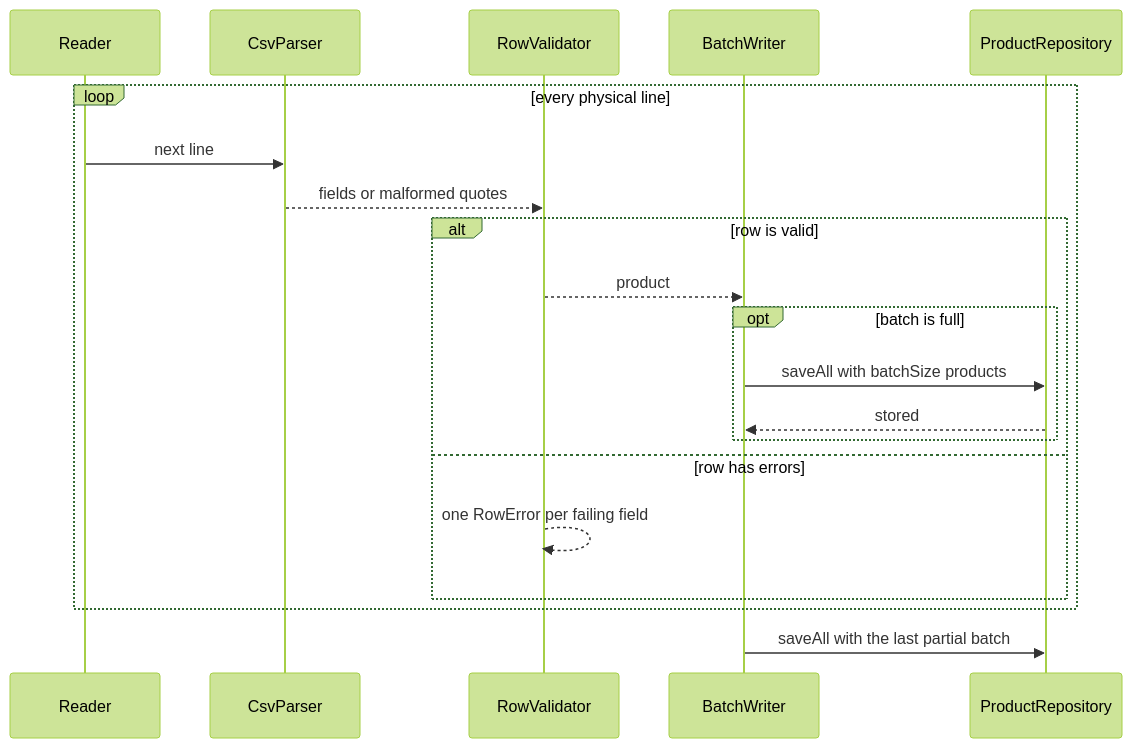
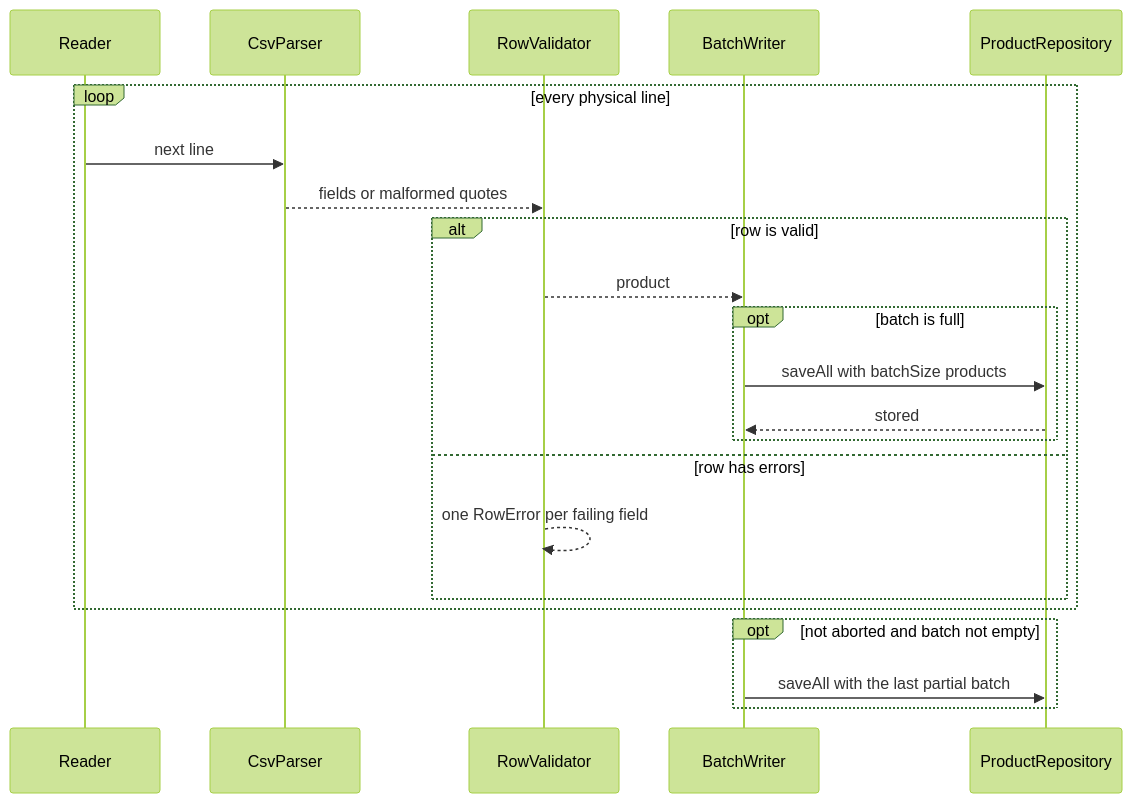
One commit to Chris013/java-practice changed the second of 2 diagrams in tasks/27-csv-import-report.md. Above: the diagram before and after it, drawn with Mermaid (forest theme). The commit also changed other lines of this file and 3 other files, not shown here.

````diff
--- a/tasks/27-csv-import-report.md
+++ b/tasks/27-csv-import-report.md
@@ -62,22 +62,24 @@
 ```mermaid
 sequenceDiagram
     participant R as Reader
     participant P as CsvParser
     participant V as RowValidator
     participant B as BatchWriter
     participant Repo as ProductRepository
     loop every physical line
         R->>P: next line
         P-->>V: fields or malformed quotes
         alt row is valid
             V-->>B: product
             opt batch is full
                 B->>Repo: saveAll with batchSize products
                 Repo-->>B: stored
             end
         else row has errors
             V-->>V: one RowError per failing field
         end
     end
-    B->>Repo: saveAll with the last partial batch
+    opt not aborted and batch not empty
+        B->>Repo: saveAll with the last partial batch
+    end
 ```
````
